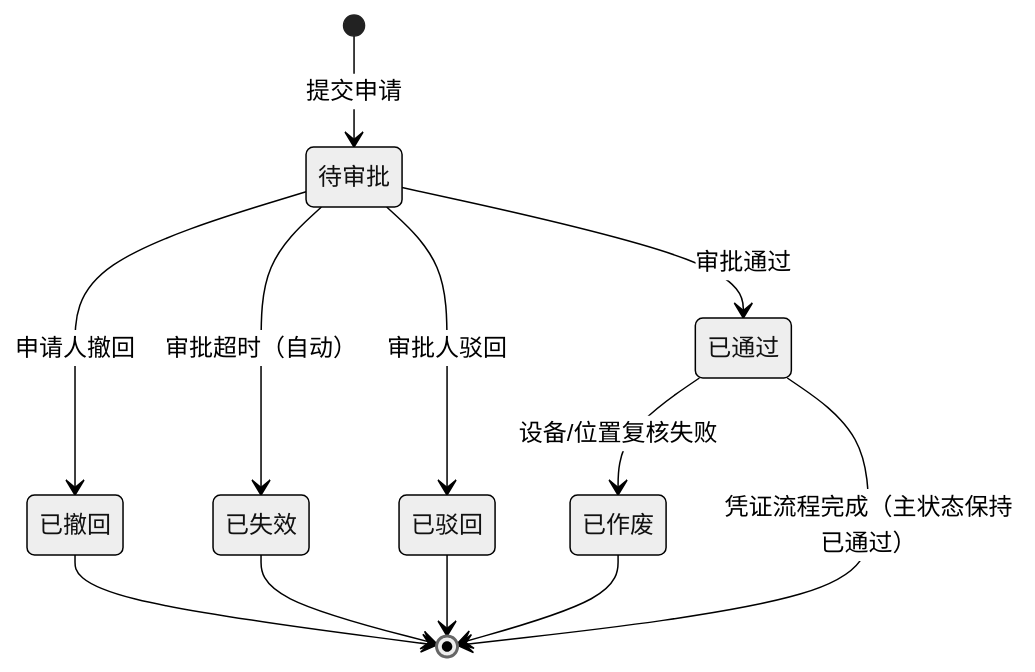
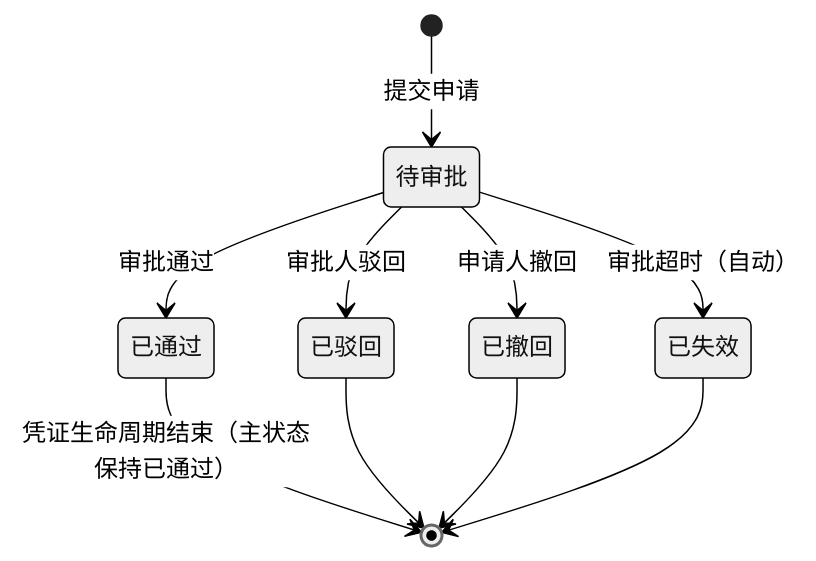
The first of 3 diagrams in 02-PRD文档/B-迭代需求/6.2版本（2026.08）/07-审批中心/03-业务审批/04-我的申请管理/04-开锁审批/开锁申请业务规则规格.md (RobertHuang999/SYZC), drawn with Mermaid (neutral theme) before and after one commit. The commit also changed other lines of this file and 126 other files, not shown here.

````diff
--- a/02-PRD文档/B-迭代需求/6.2版本（2026.08）/07-审批中心/03-业务审批/04-我的申请管理/04-开锁审批/开锁申请业务规则规格.md
+++ b/02-PRD文档/B-迭代需求/6.2版本（2026.08）/07-审批中心/03-业务审批/04-我的申请管理/04-开锁审批/开锁申请业务规则规格.md
@@ -96,14 +96,12 @@
 ```mermaid
 stateDiagram-v2
     [*] --> 待审批 : 提交申请
     待审批 --> 已撤回 : 申请人撤回
     待审批 --> 已失效 : 审批超时（自动）
     待审批 --> 已驳回 : 审批人驳回
     待审批 --> 已通过 : 审批通过
-    已通过 --> 已作废 : 设备/位置复核失败
-    已通过 --> [*] : 凭证流程完成（主状态保持已通过）
+    已通过 --> [*] : 凭证生命周期结束（主状态保持已通过）
     已驳回 --> [*]
     已撤回 --> [*]
     已失效 --> [*]
-    已作废 --> [*]
 ```
````
